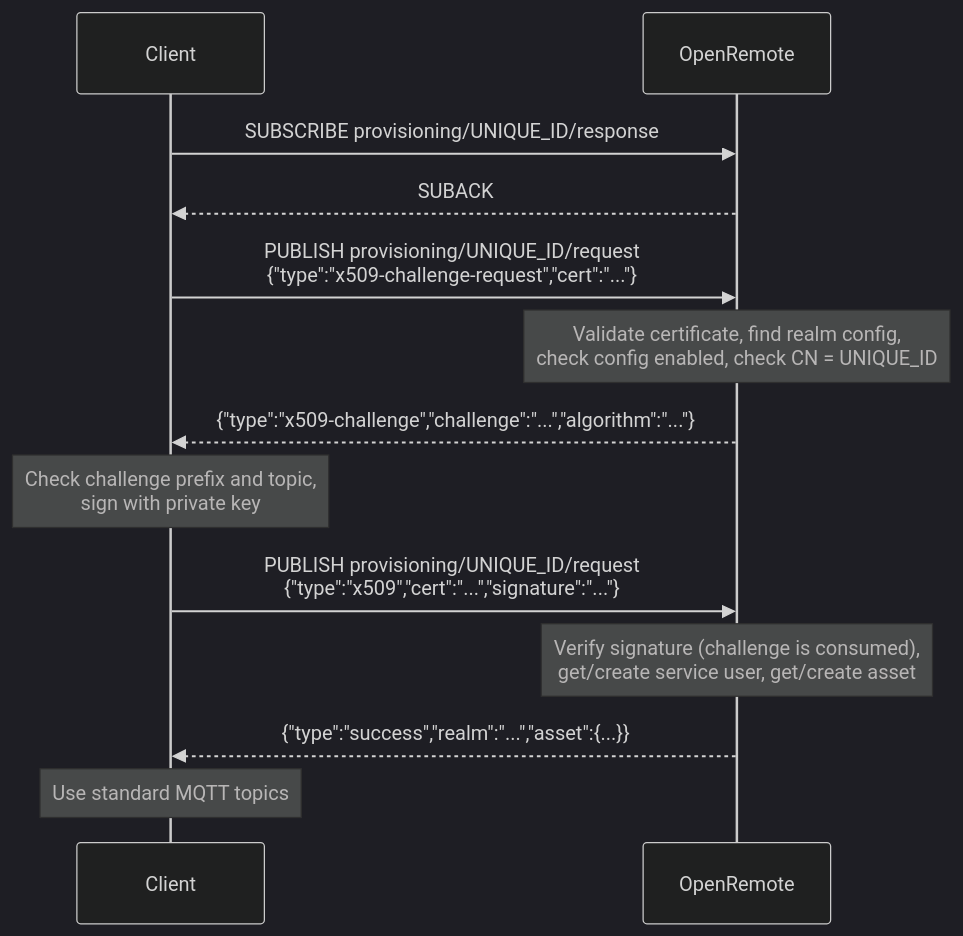
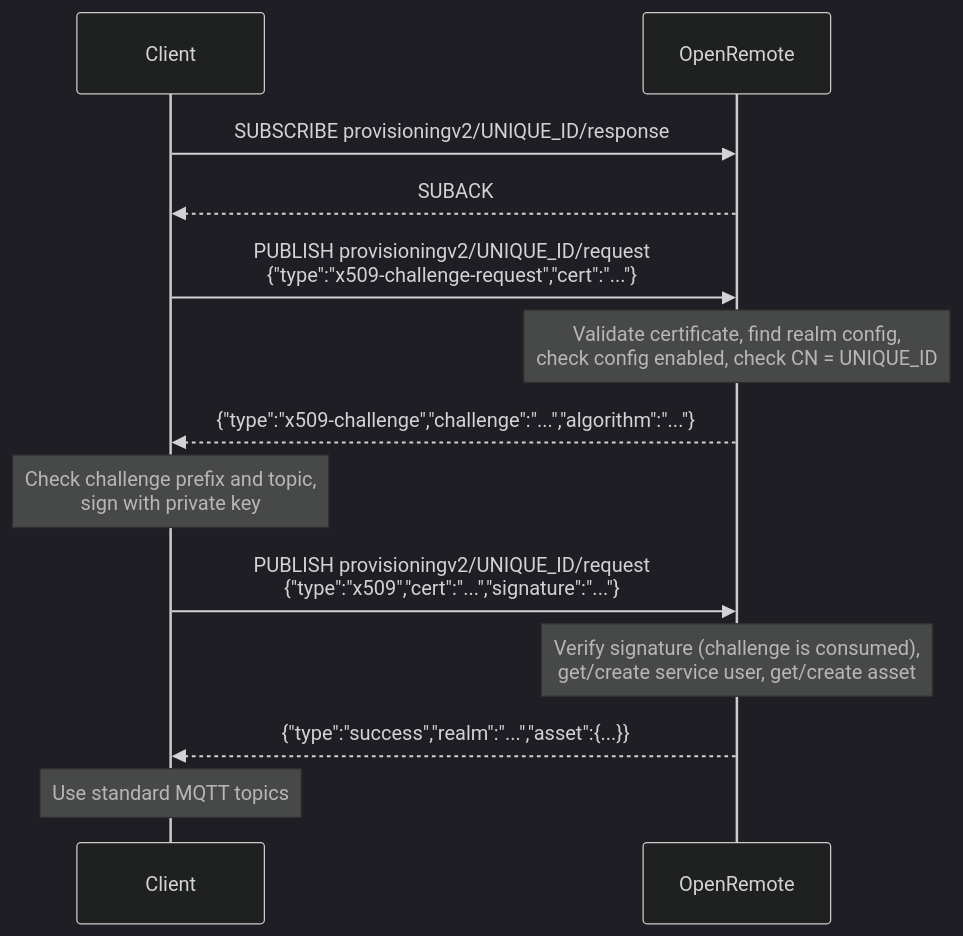
One commit to openremote/documentation changed the diagram in docs/user-guide/080-gateways-and-devices/20-auto-provisioning.md. Above: the diagram before and after it, drawn with Mermaid (dark theme). The commit also changed other lines of this file, not shown here.

Commit message:
Document auto provisioning topic rename

````diff
--- a/docs/user-guide/080-gateways-and-devices/20-auto-provisioning.md
+++ b/docs/user-guide/080-gateways-and-devices/20-auto-provisioning.md
@@ -59,15 +61,15 @@
 ```mermaid
 sequenceDiagram
     participant C as Client
     participant O as OpenRemote
-    C->>O: SUBSCRIBE provisioning/UNIQUE_ID/response
+    C->>O: SUBSCRIBE provisioningv2/UNIQUE_ID/response
     O-->>C: SUBACK
-    C->>O: PUBLISH provisioning/UNIQUE_ID/request<br/>{"type":"x509-challenge-request","cert":"..."}
+    C->>O: PUBLISH provisioningv2/UNIQUE_ID/request<br/>{"type":"x509-challenge-request","cert":"..."}
     Note over O: Validate certificate, find realm config,<br/>check config enabled, check CN = UNIQUE_ID
     O-->>C: {"type":"x509-challenge","challenge":"...","algorithm":"..."}
     Note over C: Check challenge prefix and topic,<br/>sign with private key
-    C->>O: PUBLISH provisioning/UNIQUE_ID/request<br/>{"type":"x509","cert":"...","signature":"..."}
+    C->>O: PUBLISH provisioningv2/UNIQUE_ID/request<br/>{"type":"x509","cert":"...","signature":"..."}
     Note over O: Verify signature (challenge is consumed),<br/>get/create service user, get/create asset
     O-->>C: {"type":"success","realm":"...","asset":{...}}
     Note over C: Use standard MQTT topics
 ```
````
